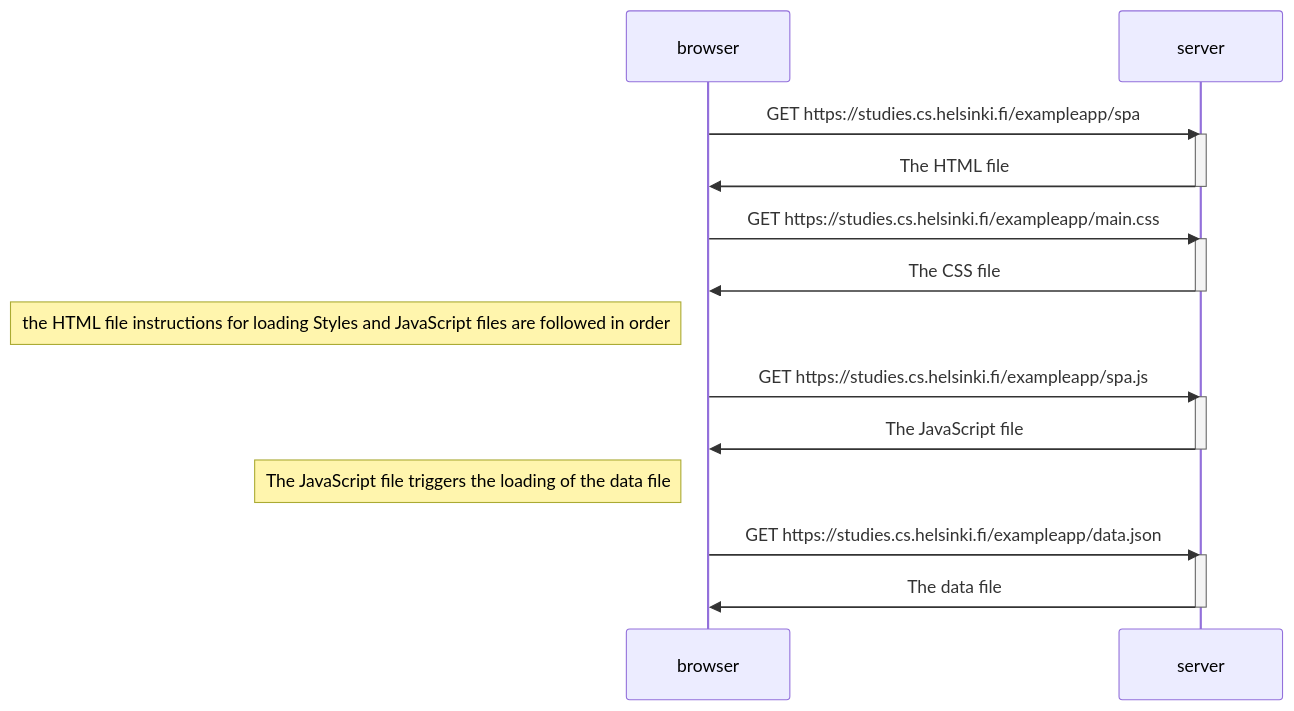
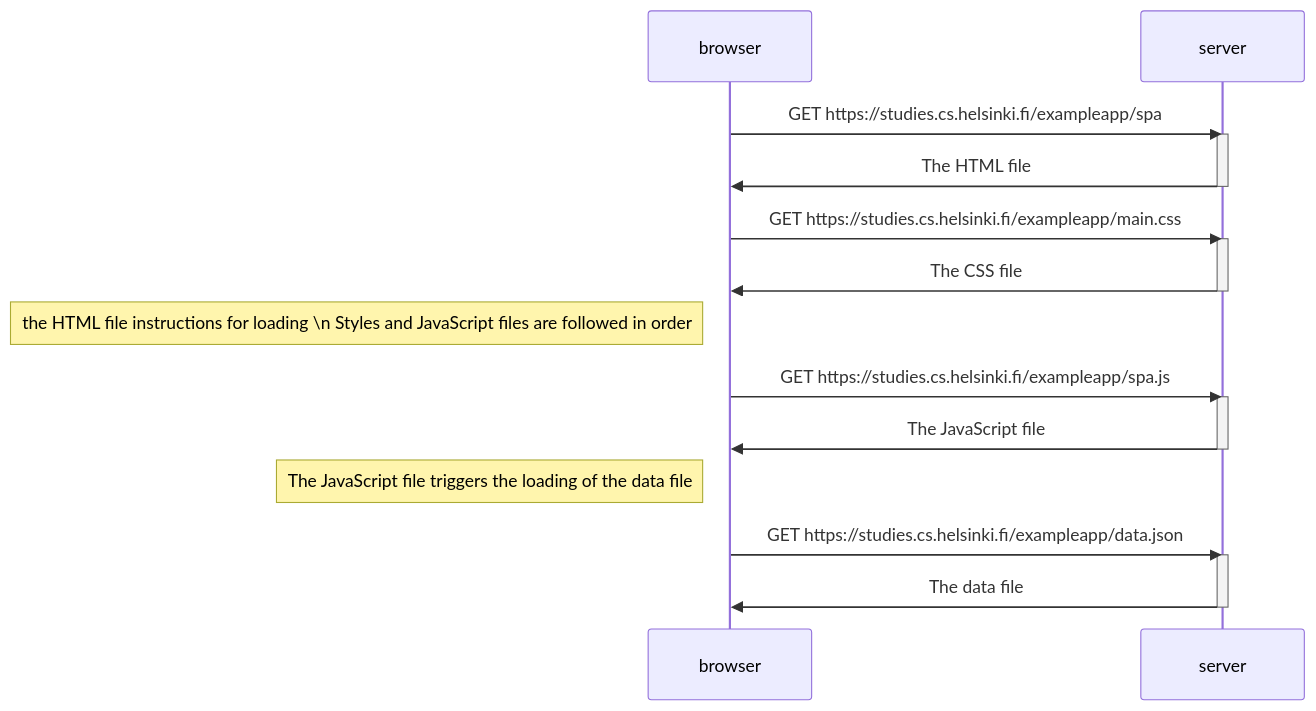
The diagram in 0.5: Single page app diagram.MD (monaanvari/FullStackOpen), drawn with Mermaid before and after one commit.

Commit message:
Fix formatting in SPA diagram markdown

````diff
--- a/0.5: Single page app diagram.MD
+++ b/0.5: Single page app diagram.MD
@@ -1,28 +1,28 @@
 ```mermaid
 sequenceDiagram
 participant browser
 participant server
 
 browser ->> server : GET https://studies.cs.helsinki.fi/exampleapp/spa
 activate server
 server ->> browser : The HTML file 
 deactivate server
 
 browser ->> server : GET https://studies.cs.helsinki.fi/exampleapp/main.css
 activate server
 server ->> browser : The CSS file 
 deactivate server
 
-Note left of browser: the HTML file instructions for loading Styles and JavaScript files are followed in order
+Note left of browser: the HTML file instructions for loading \n Styles and JavaScript files are followed in order
 
 browser ->> server : GET https://studies.cs.helsinki.fi/exampleapp/spa.js
 activate server
 server ->> browser : The JavaScript file 
 deactivate server
 
 Note left of browser: The JavaScript file triggers the loading of the data file
 browser ->> server : GET https://studies.cs.helsinki.fi/exampleapp/data.json
 activate server
 server ->> browser : The data file 
 deactivate server
 ```
````
